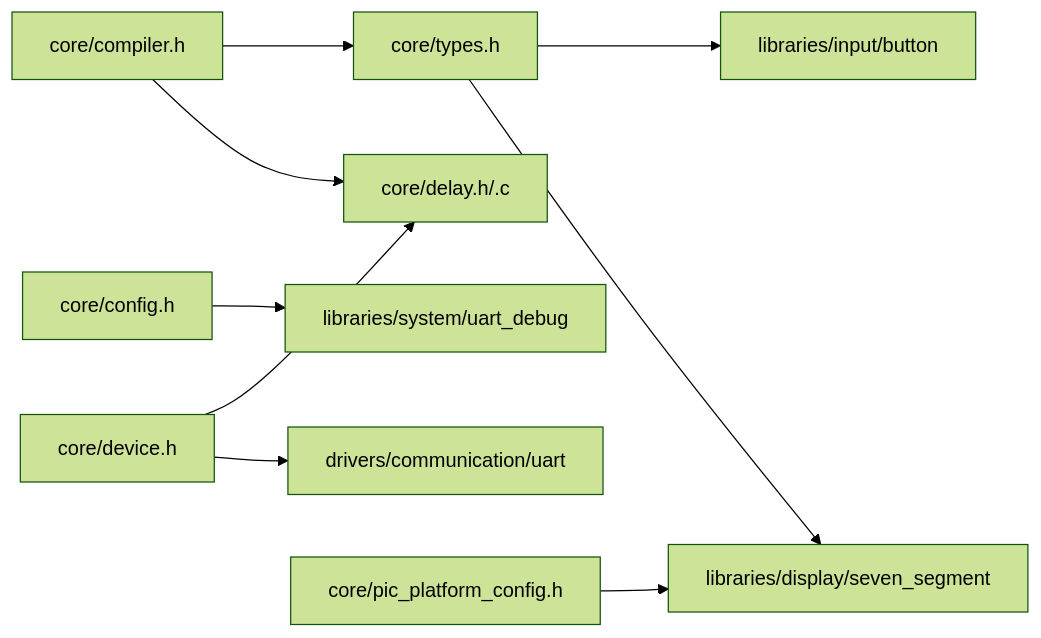
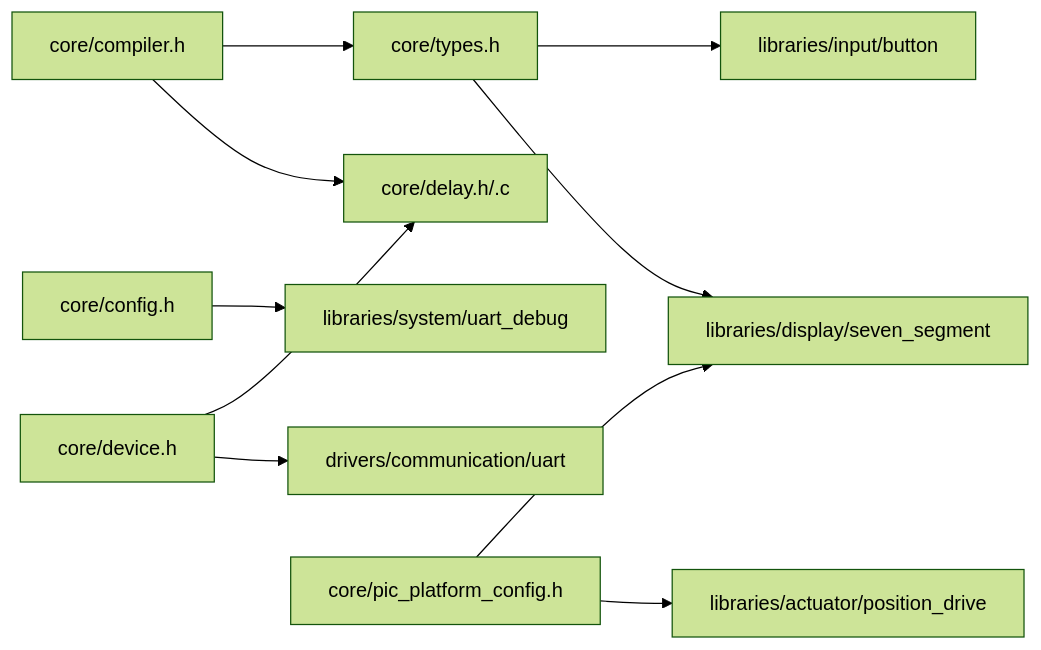
The second of 7 diagrams in docs/architecture/dependency-graph.ua.md (anatoliWeb/pic-platform), drawn with Mermaid (forest theme) before and after one commit. The commit also changed other lines of this file and 13 other files, not shown here.

First line of the commit message:
docs(position-drive): document actuator control workflow

````diff
--- a/docs/architecture/dependency-graph.ua.md
+++ b/docs/architecture/dependency-graph.ua.md
@@ -19,11 +19,12 @@
 ```mermaid
 flowchart LR
     COMP[core/compiler.h] --> TYPES[core/types.h]
     COMP --> DELAY[core/delay.h/.c]
     CONF[core/config.h] --> UARTDBG[libraries/system/uart_debug]
     DEV[core/device.h] --> DELAY
     DEV --> UART[drivers/communication/uart]
     PCONF[core/pic_platform_config.h] --> SEG[libraries/display/seven_segment]
+    PCONF --> PDRV[libraries/actuator/position_drive]
     TYPES --> BTN[libraries/input/button]
     TYPES --> SEG
 ```
````
